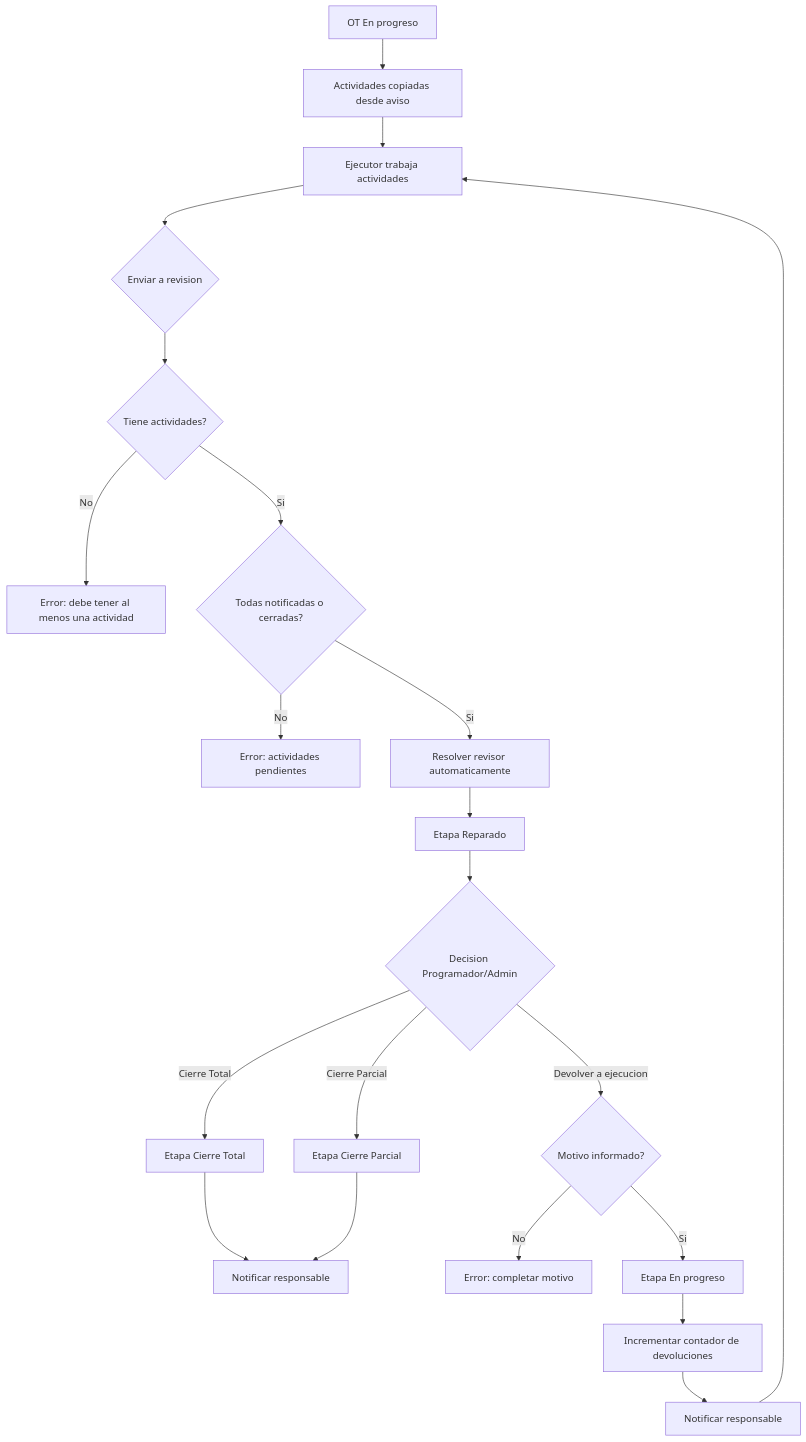
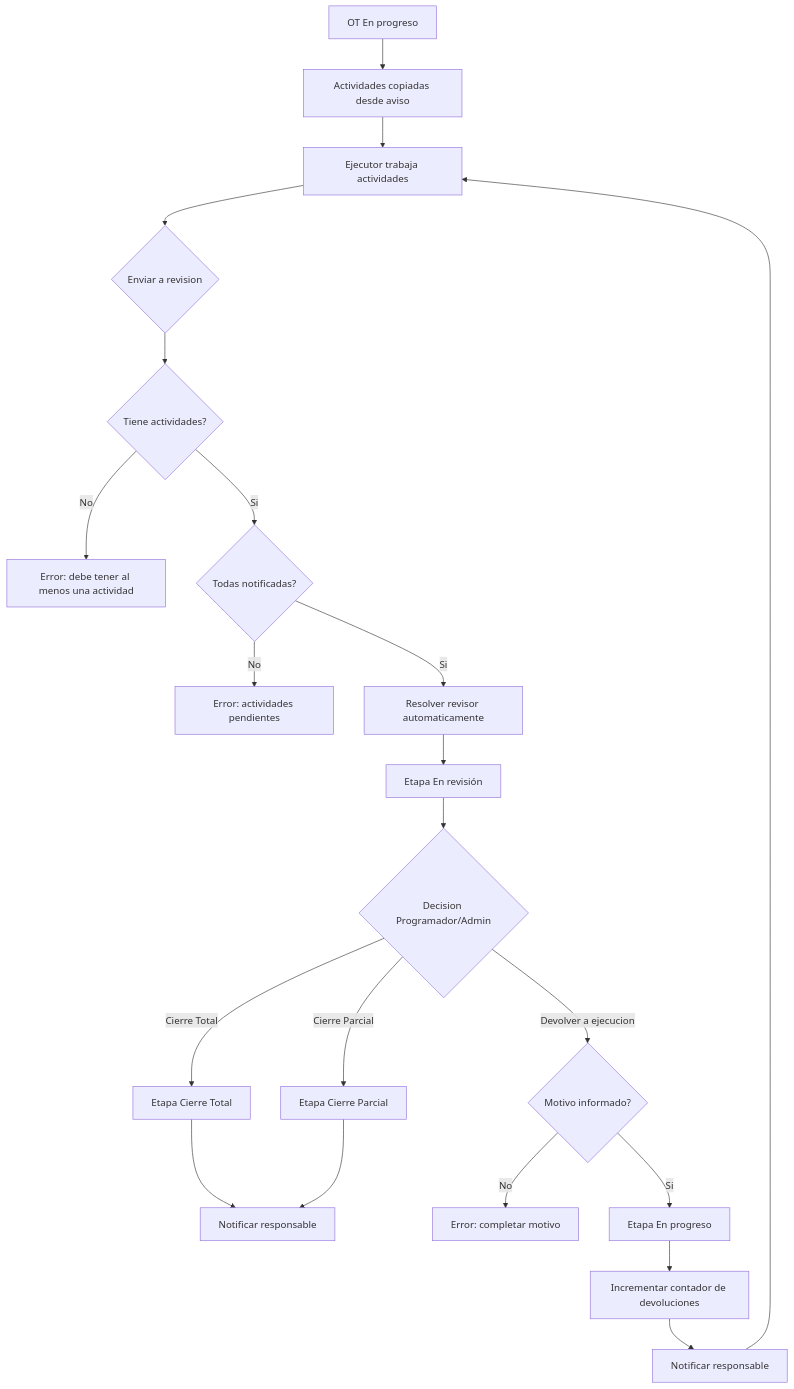
Before and after one commit to lbadilla2021/zmm_ajustes: the sixth of 9 diagrams in docs_codex/diagramas_macro_por_tramo_mantenimiento.md, drawn with Mermaid. The commit also changed other lines of this file and 13 other files, not shown here.

````diff
--- a/docs_codex/diagramas_macro_por_tramo_mantenimiento.md
+++ b/docs_codex/diagramas_macro_por_tramo_mantenimiento.md
@@ -170,23 +170,23 @@
 ```mermaid
 flowchart TD
     A["OT En progreso"] --> B["Actividades copiadas desde aviso"]
     B --> C["Ejecutor trabaja actividades"]
     C --> D{"Enviar a revision"}
     D --> E{"Tiene actividades?"}
     E -->|No| E1["Error: debe tener al menos una actividad"]
-    E -->|Si| F{"Todas notificadas o cerradas?"}
+    E -->|Si| F{"Todas notificadas?"}
     F -->|No| F1["Error: actividades pendientes"]
     F -->|Si| G["Resolver revisor automaticamente"]
-    G --> H["Etapa Reparado"]
+    G --> H["Etapa En revisión"]
     H --> I{"Decision Programador/Admin"}
     I -->|Cierre Total| J["Etapa Cierre Total"]
     I -->|Cierre Parcial| J2["Etapa Cierre Parcial"]
     J --> K["Notificar responsable"]
     J2 --> K
     I -->|Devolver a ejecucion| L{"Motivo informado?"}
     L -->|No| L1["Error: completar motivo"]
     L -->|Si| M["Etapa En progreso"]
     M --> N["Incrementar contador de devoluciones"]
     N --> O["Notificar responsable"]
     O --> C
 ```
````
